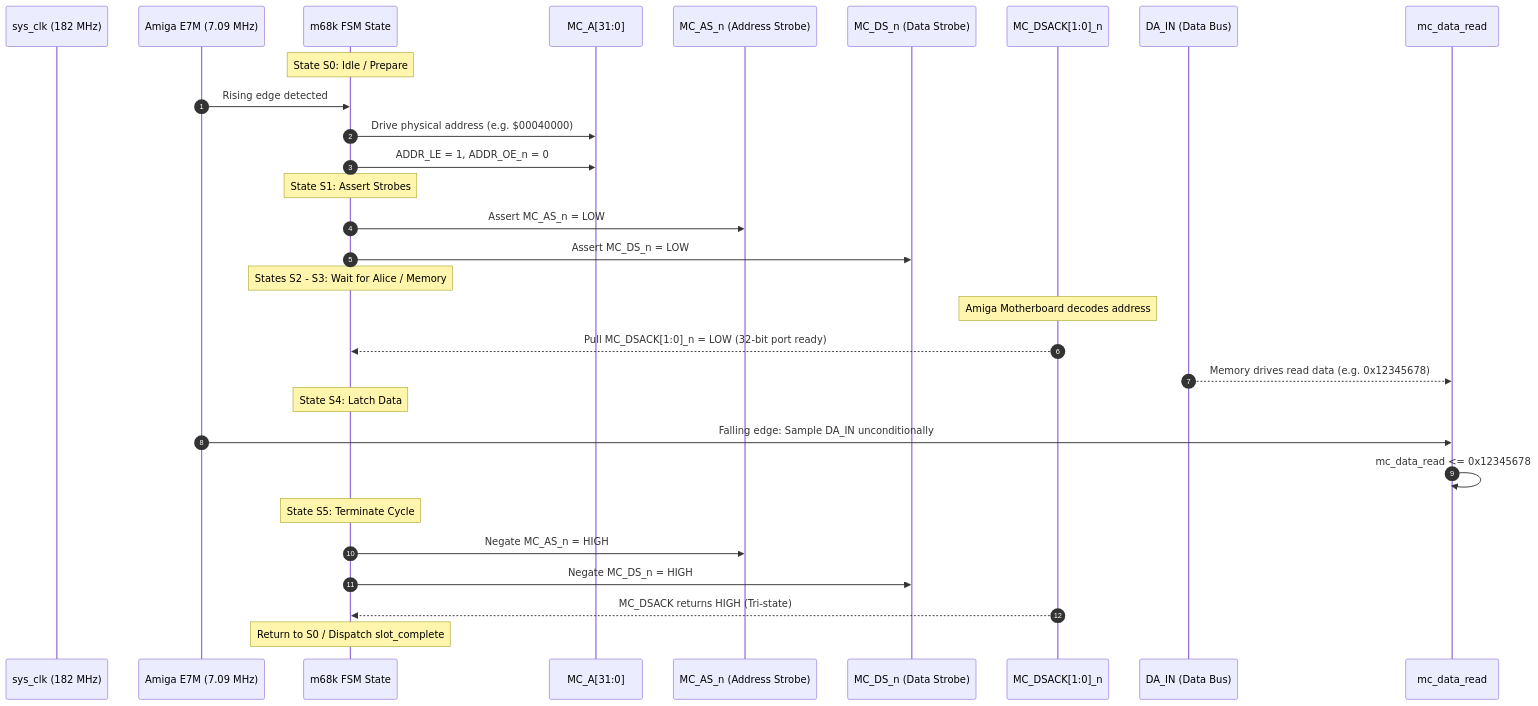
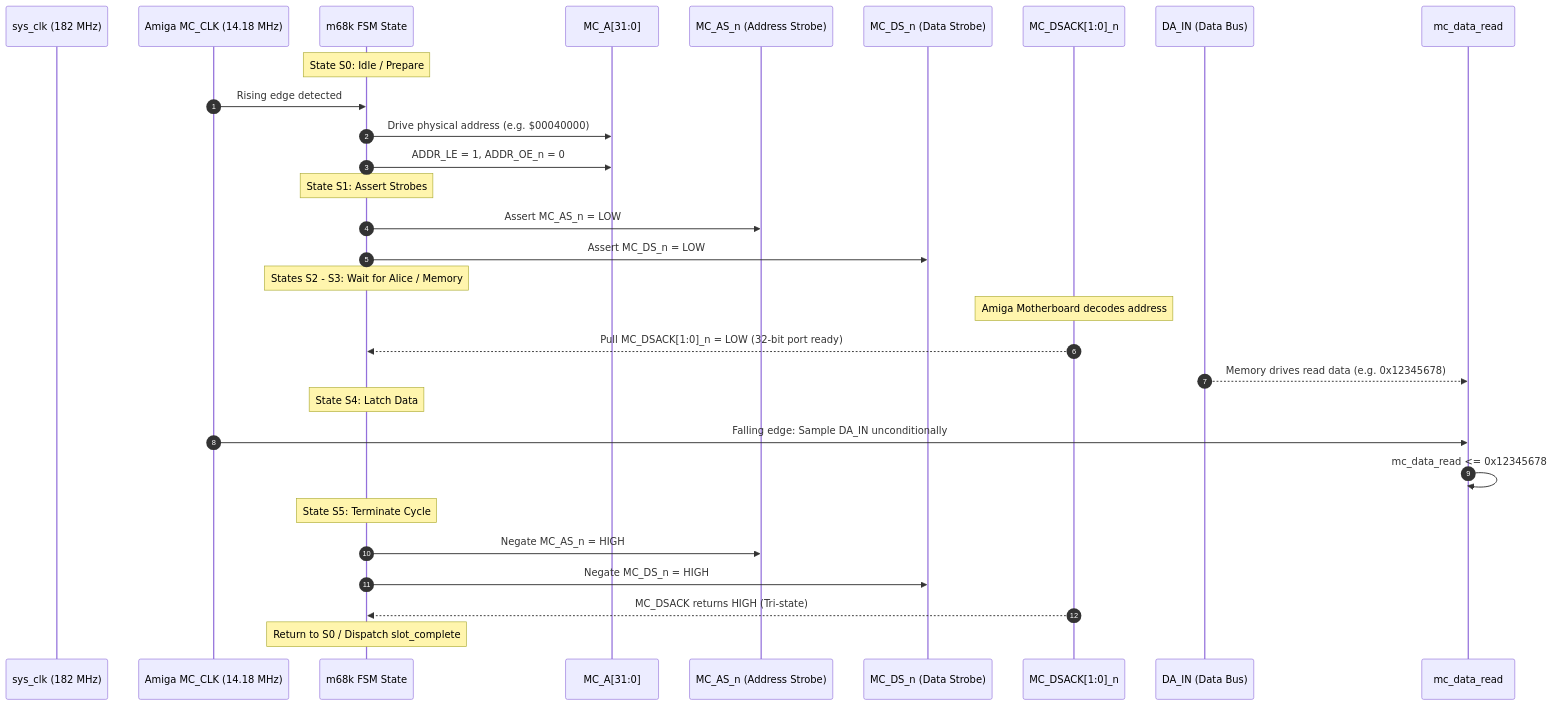
The first of 4 diagrams in DOCS/VERIFICATION_GUIDE.md (PiStorm/pistorm32-lite-gateware), drawn with Mermaid before and after one commit. The commit also changed other lines of this file and 5 other files, not shown here.

First line of the commit message:
docs: standardize strictly to English and correct clock naming to MC_CLK (CPUCLK 14.18 MHz)

````diff
--- a/DOCS/VERIFICATION_GUIDE.md
+++ b/DOCS/VERIFICATION_GUIDE.md
@@ -133,37 +133,37 @@
 ```mermaid
 sequenceDiagram
     autonumber
     participant SYS as sys_clk (182 MHz)
-    participant E7M as Amiga E7M (7.09 MHz)
+    participant CLK as Amiga MC_CLK (14.18 MHz)
     participant FSM as m68k FSM State
     participant ADDR as MC_A[31:0]
     participant AS as MC_AS_n (Address Strobe)
     participant DS as MC_DS_n (Data Strobe)
     participant DSACK as MC_DSACK[1:0]_n
     participant DATA as DA_IN (Data Bus)
     participant LATCH as mc_data_read
 
     Note over FSM: State S0: Idle / Prepare
-    E7M->>FSM: Rising edge detected
+    CLK->>FSM: Rising edge detected
     FSM->>ADDR: Drive physical address (e.g. $00040000)
     FSM->>ADDR: ADDR_LE = 1, ADDR_OE_n = 0
     
     Note over FSM: State S1: Assert Strobes
     FSM->>AS: Assert MC_AS_n = LOW
     FSM->>DS: Assert MC_DS_n = LOW
     
     Note over FSM: States S2 - S3: Wait for Alice / Memory
     Note over DSACK: Amiga Motherboard decodes address
     DSACK-->>FSM: Pull MC_DSACK[1:0]_n = LOW (32-bit port ready)
     DATA-->>LATCH: Memory drives read data (e.g. 0x12345678)
     
     Note over FSM: State S4: Latch Data
-    E7M->>LATCH: Falling edge: Sample DA_IN unconditionally
+    CLK->>LATCH: Falling edge: Sample DA_IN unconditionally
     LATCH->>LATCH: mc_data_read <= 0x12345678
     
     Note over FSM: State S5: Terminate Cycle
     FSM->>AS: Negate MC_AS_n = HIGH
     FSM->>DS: Negate MC_DS_n = HIGH
     DSACK-->>FSM: MC_DSACK returns HIGH (Tri-state)
     Note over FSM: Return to S0 / Dispatch slot_complete
 ```
````
